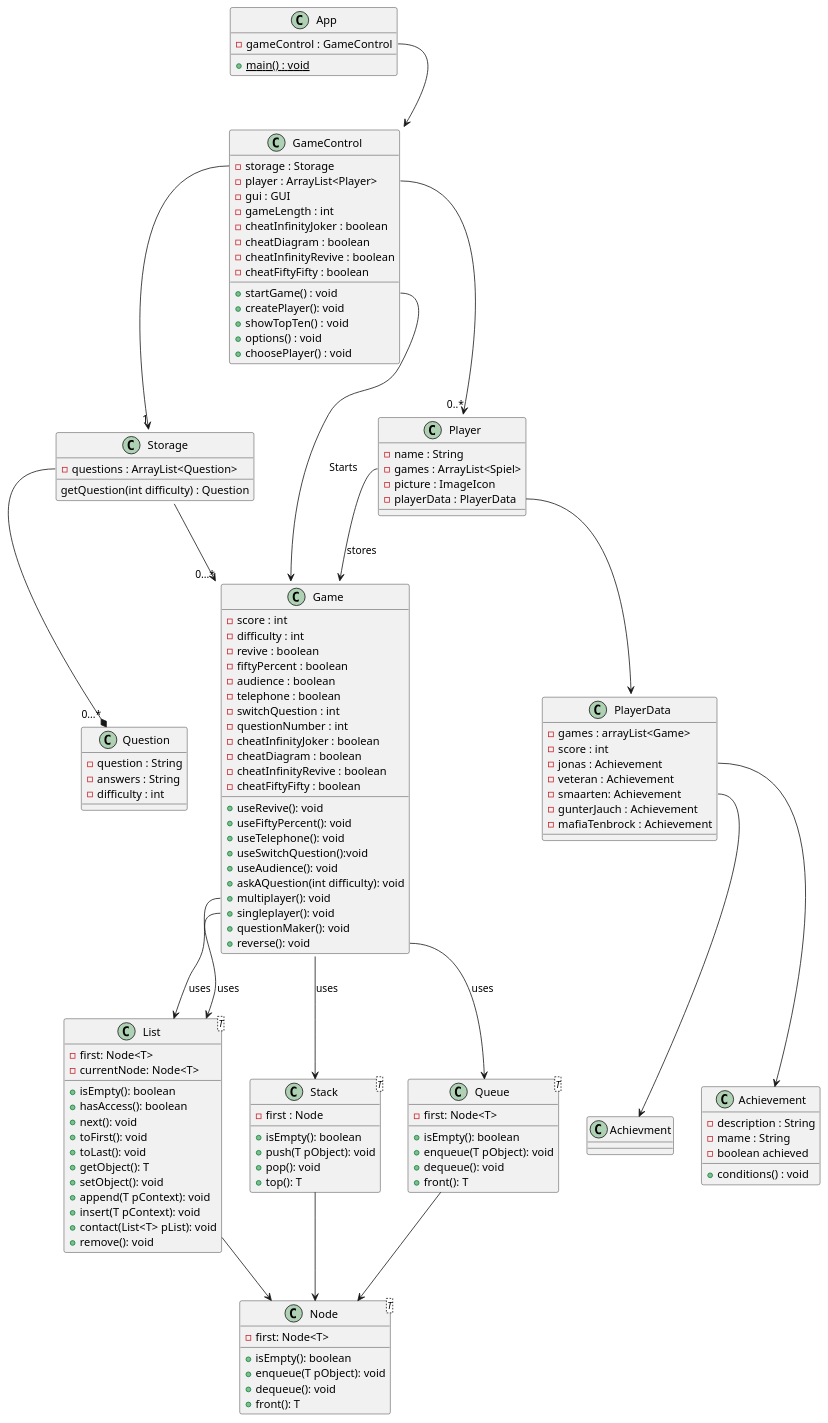
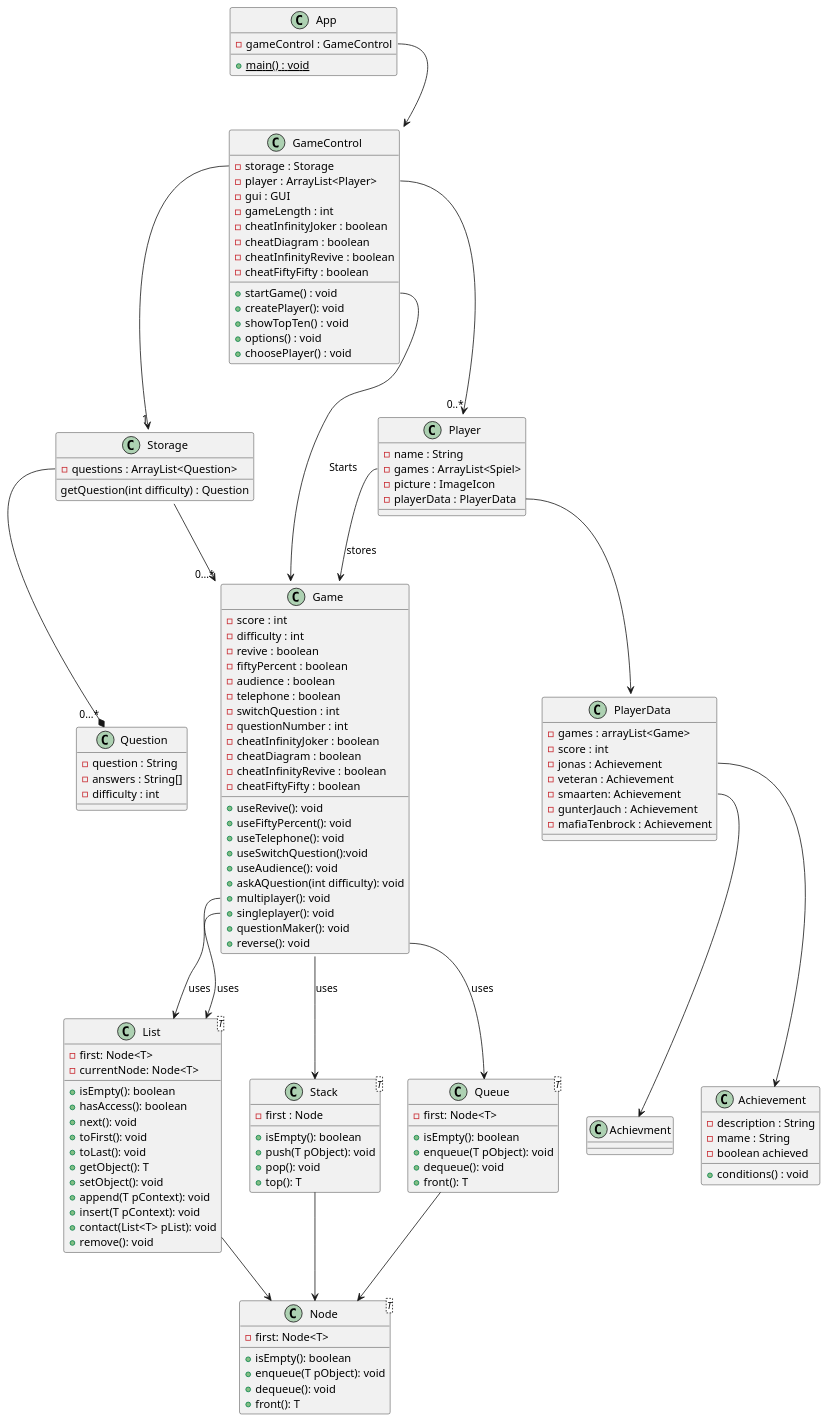
Before and after one commit to Stellaa1/dynamische-Datenstrukturen-Team-1: the diagram in doku/lastenheft/Diagramme/Klassendiagramm.puml, drawn with PlantUML.

Commit message:
Klassendiagramm added

```diff
--- a/doku/lastenheft/Diagramme/Klassendiagramm.puml
+++ b/doku/lastenheft/Diagramme/Klassendiagramm.puml
@@ -1,149 +1,149 @@
 @startuml
 'https://plantuml.com/class-diagram
 
 class App {
 -gameControl : GameControl
 +{static}main() : void
 }
 class Player{
 -name : String
 -games : ArrayList<Spiel>
 -picture : ImageIcon
 -playerData : PlayerData
 }
 class Game{
 -score : int
 -difficulty : int
 -revive : boolean
 -fiftyPercent : boolean
 -audience : boolean
 -telephone : boolean
 -switchQuestion : int
 -questionNumber : int
 -cheatInfinityJoker : boolean
 -cheatDiagram : boolean
 -cheatInfinityRevive : boolean
 -cheatFiftyFifty : boolean
 
 +useRevive(): void
 +useFiftyPercent(): void
 +useTelephone(): void
 +useSwitchQuestion():void
 +useAudience(): void
 +askAQuestion(int difficulty): void
 +multiplayer(): void
 +singleplayer(): void
 +questionMaker(): void
 +reverse(): void
 
 }
 class Node<T>{
 -first: Node<T>
 
 +isEmpty(): boolean
 +enqueue(T pObject): void
 +dequeue(): void
 +front(): T
 }
 class GameControl{
 -storage : Storage
 -player : ArrayList<Player>
 -gui : GUI
 -gameLength : int
 -cheatInfinityJoker : boolean
 -cheatDiagram : boolean
 -cheatInfinityRevive : boolean
 -cheatFiftyFifty : boolean
 
 +startGame() : void
 +createPlayer(): void
 +showTopTen() : void
 +options() : void
 +choosePlayer() : void
 }
 class Question{
 -question : String
--answers : String
+-answers : String[]
 -difficulty : int
 }
 class PlayerData{
 - games : arrayList<Game>
 - score : int
 - jonas : Achievement
 - veteran : Achievement
 - smaarten: Achievement
 - gunterJauch : Achievement
 - mafiaTenbrock : Achievement
 
 }
 class Achievement{
 -description : String
 -mame : String
 -boolean achieved
 +conditions() : void
 }
 class Storage{
 -questions : ArrayList<Question>
 
 getQuestion(int difficulty) : Question
 }
 
 
 
 class Stack<T>{
 -first : Node
 
 +isEmpty(): boolean
 +push(T pObject): void
 +pop(): void
 +top(): T
 }
 class Queue<T>{
 -first: Node<T>
 
 +isEmpty(): boolean
 +enqueue(T pObject): void
 +dequeue(): void
 +front(): T
 }
 
 class List<T>{
 -first: Node<T>
 -currentNode: Node<T>
 
 +isEmpty(): boolean
 +hasAccess(): boolean
 +next(): void
 +toFirst(): void
 +toLast(): void
 +getObject(): T
 +setObject(): void
 +append(T pContext): void
 +insert(T pContext): void
 +contact(List<T> pList): void
 +remove(): void
 }
 List --> Node
 Stack --> Node
 Queue --> Node
 
 Storage::questions --* "0...*"Question
 GameControl::startGame --> Game : Starts
 
 Player::games --> Game : stores
 
 Game::multiplayer --> List : uses
 Game::singleplayer --> List : uses
 Game::reverse --> Queue : uses
 Game::questions --> Stack : uses
 GameControl::storage --> "1"Storage
 GameControl::player --> "0..*"Player
 Storage::games --> "0...*"Game
 Player::playerData --> PlayerData
 PlayerData::jonas --> Achievement
 PlayerData::smaarten --> Achievment
 App::gameControl --> GameControl
 
 
 
 @enduml
```
